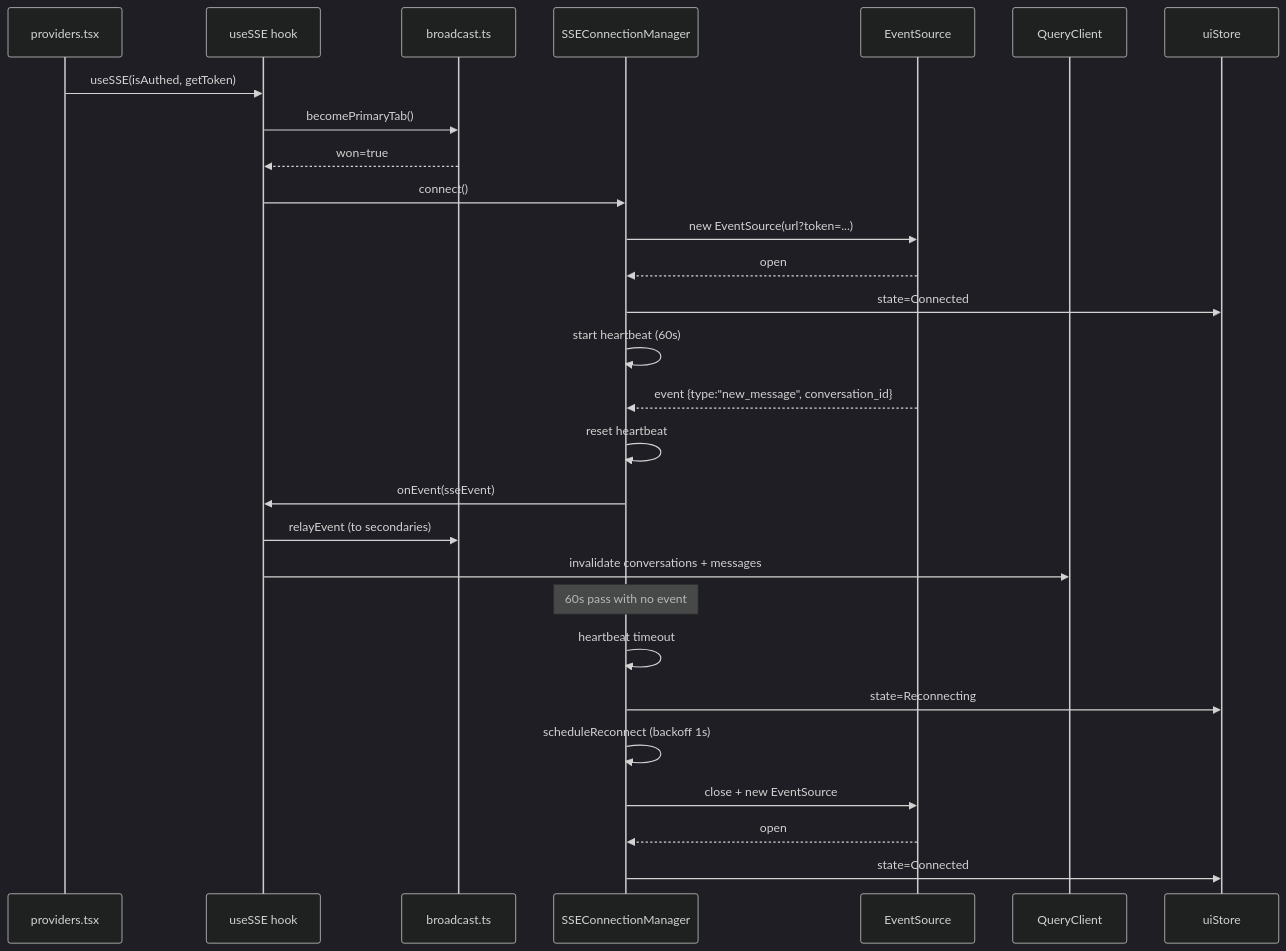
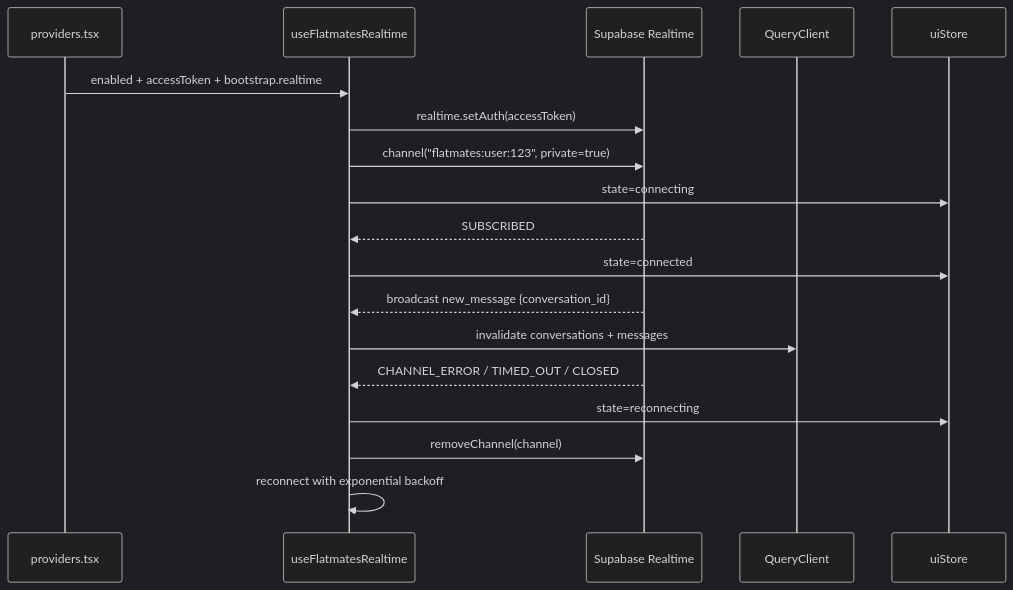
Before and after one commit to 360ghar/360-flatmates-web: the diagram in .wiki/features/real-time.md, drawn with Mermaid (dark theme). The commit also changed other lines of this file and 160 other files, not shown here.

````diff
--- a/.wiki/features/real-time.md
+++ b/.wiki/features/real-time.md
@@ -83,30 +56,20 @@
 ```mermaid
 sequenceDiagram
     participant P as providers.tsx
-    participant H as useSSE hook
-    participant B as broadcast.ts
-    participant M as SSEConnectionManager
-    participant E as EventSource
+    participant H as useFlatmatesRealtime
+    participant S as Supabase Realtime
     participant Q as QueryClient
     participant U as uiStore
-    P->>H: useSSE(isAuthed, getToken)
-    H->>B: becomePrimaryTab()
-    B-->>H: won=true
-    H->>M: connect()
-    M->>E: new EventSource(url?token=...)
-    E-->>M: open
-    M->>U: state=Connected
-    M->>M: start heartbeat (60s)
-    E-->>M: event {type:"new_message", conversation_id}
-    M->>M: reset heartbeat
-    M->>H: onEvent(sseEvent)
-    H->>B: relayEvent (to secondaries)
+    P->>H: enabled + accessToken + bootstrap.realtime
+    H->>S: realtime.setAuth(accessToken)
+    H->>S: channel("flatmates:user:123", private=true)
+    H->>U: state=connecting
+    S-->>H: SUBSCRIBED
+    H->>U: state=connected
+    S-->>H: broadcast new_message {conversation_id}
     H->>Q: invalidate conversations + messages
-    Note over M: 60s pass with no event
-    M->>M: heartbeat timeout
-    M->>U: state=Reconnecting
-    M->>M: scheduleReconnect (backoff 1s)
-    M->>E: close + new EventSource
-    E-->>M: open
-    M->>U: state=Connected
+    S-->>H: CHANNEL_ERROR / TIMED_OUT / CLOSED
+    H->>U: state=reconnecting
+    H->>S: removeChannel(channel)
+    H->>H: reconnect with exponential backoff
 ```
````
